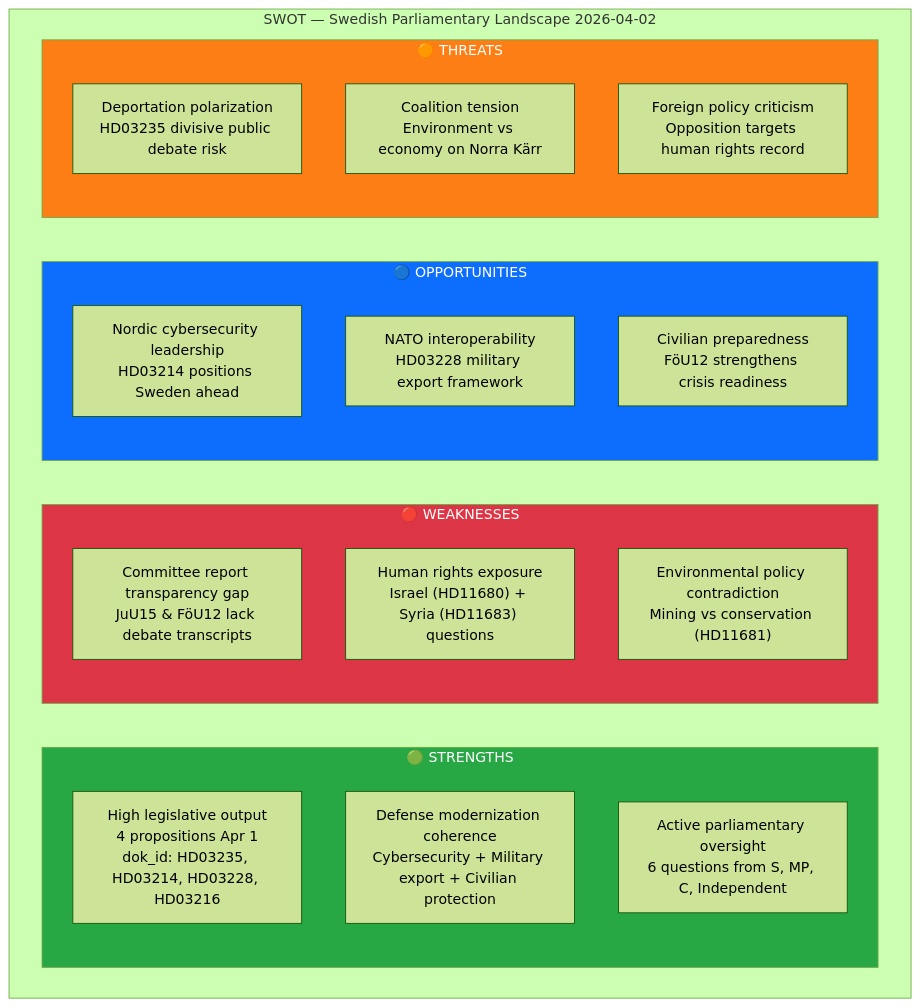
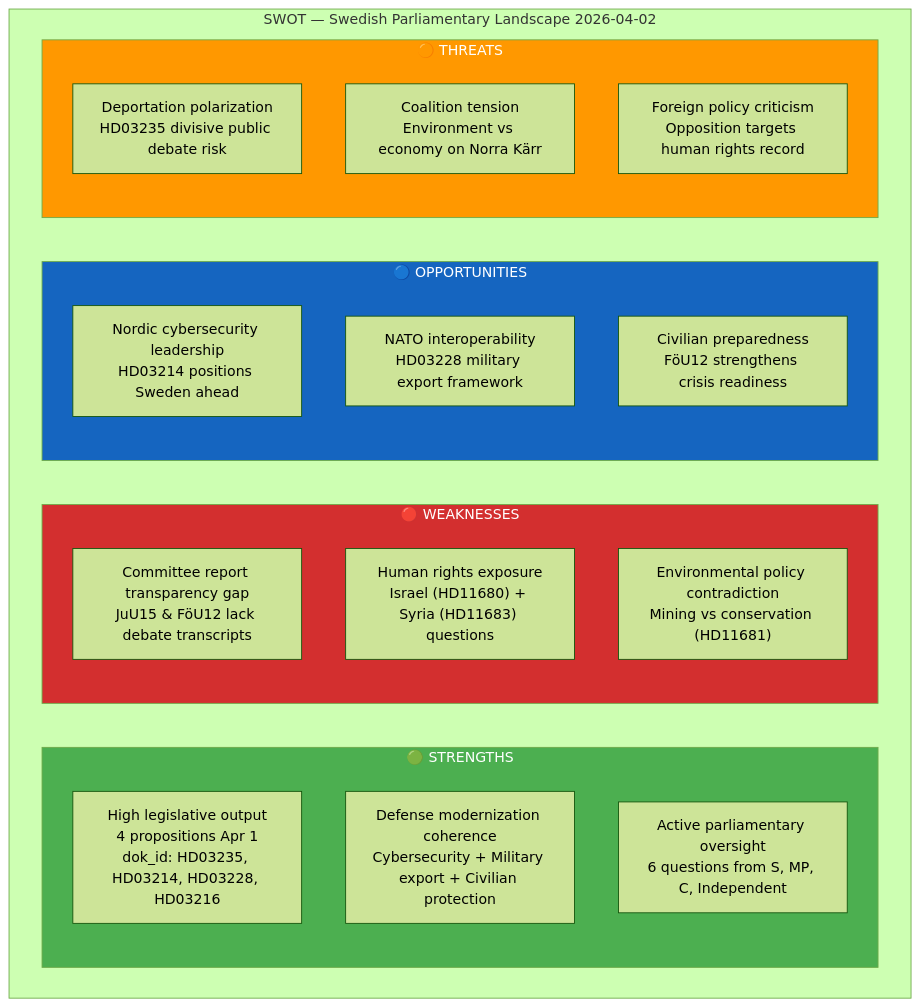
Before and after one commit to Hack23/riksdagsmonitor: the diagram in analysis/daily/2026-04-02/swot-analysis.md, drawn with Mermaid (forest theme). The commit also changed 785 other files, not shown here.

First line of the commit message:
Normalize mermaid colors across 786 analysis artifacts to ISMS Style Guide palette

````diff
--- a/analysis/daily/2026-04-02/swot-analysis.md
+++ b/analysis/daily/2026-04-02/swot-analysis.md
@@ -13,29 +13,29 @@
 ```mermaid
 graph TB
     subgraph "SWOT — Swedish Parliamentary Landscape 2026-04-02"
         subgraph S["🟢 STRENGTHS"]
             S1["High legislative output<br/>4 propositions Apr 1<br/>dok_id: HD03235, HD03214, HD03228, HD03216"]
             S2["Defense modernization coherence<br/>Cybersecurity + Military export + Civilian protection"]
             S3["Active parliamentary oversight<br/>6 questions from S, MP, C, Independent"]
         end
         subgraph W["🔴 WEAKNESSES"]
             W1["Committee report transparency gap<br/>JuU15 & FöU12 lack debate transcripts"]
             W2["Human rights exposure<br/>Israel (HD11680) + Syria (HD11683) questions"]
             W3["Environmental policy contradiction<br/>Mining vs conservation (HD11681)"]
         end
         subgraph O["🔵 OPPORTUNITIES"]
             O1["Nordic cybersecurity leadership<br/>HD03214 positions Sweden ahead"]
             O2["NATO interoperability<br/>HD03228 military export framework"]
             O3["Civilian preparedness<br/>FöU12 strengthens crisis readiness"]
         end
         subgraph T["🟠 THREATS"]
             T1["Deportation polarization<br/>HD03235 divisive public debate risk"]
             T2["Coalition tension<br/>Environment vs economy on Norra Kärr"]
             T3["Foreign policy criticism<br/>Opposition targets human rights record"]
         end
     end
-    style S fill:#28a745,color:#fff
-    style W fill:#dc3545,color:#fff
-    style O fill:#0d6efd,color:#fff
-    style T fill:#fd7e14,color:#fff
+    style S fill:#4CAF50,color:#FFFFFF
+    style W fill:#D32F2F,color:#FFFFFF
+    style O fill:#1565C0,color:#FFFFFF
+    style T fill:#FF9800,color:#FFFFFF
 ```
````
